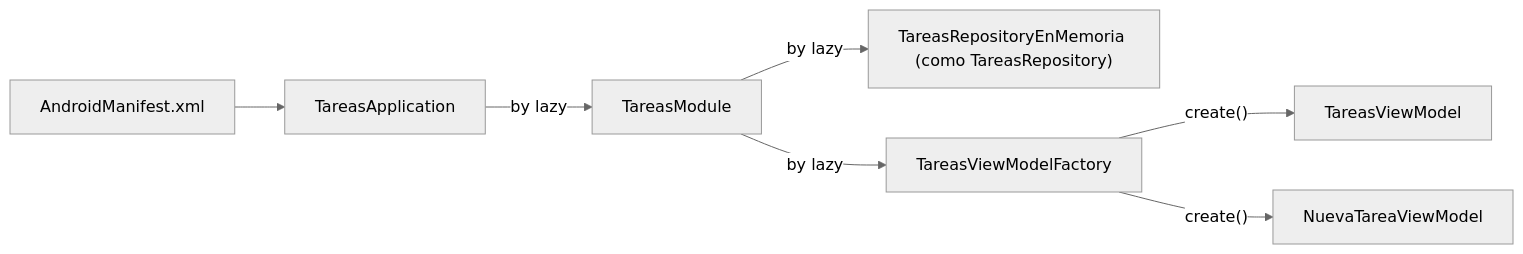
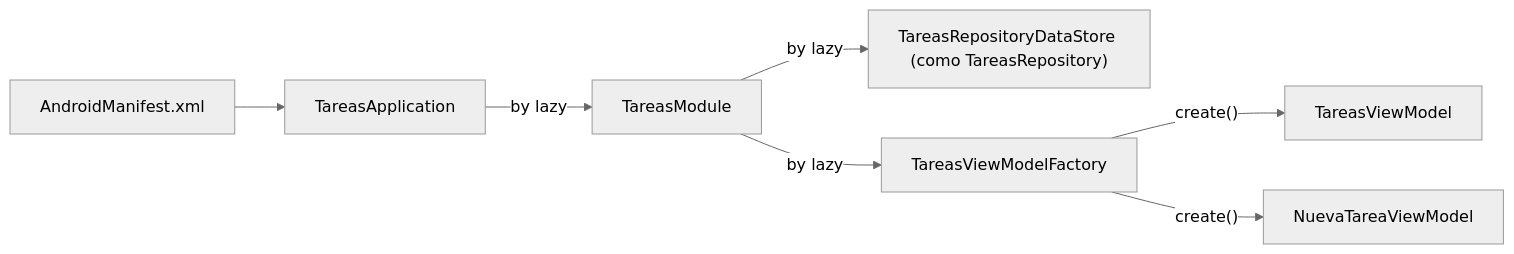
One commit to R0D404/AppInteractiva changed the second of 3 diagrams in GUIA_DEFENSA.md. Above: the diagram before and after it, drawn with Mermaid (neutral theme). The commit also changed other lines of this file and 8 other files, not shown here.

Commit message:
final de DataStore

````diff
--- a/GUIA_DEFENSA.md
+++ b/GUIA_DEFENSA.md
@@ -138,9 +150,9 @@
 ```mermaid
 flowchart LR
     Manifest["AndroidManifest.xml"] --> App["TareasApplication"]
     App -->|"by lazy"| Module["TareasModule"]
-    Module -->|"by lazy"| Repo["TareasRepositoryEnMemoria (como TareasRepository)"]
+    Module -->|"by lazy"| Repo["TareasRepositoryDataStore (como TareasRepository)"]
     Module -->|"by lazy"| Factory["TareasViewModelFactory"]
     Factory -->|"create()"| VM1["TareasViewModel"]
     Factory -->|"create()"| VM2["NuevaTareaViewModel"]
 ```
````
